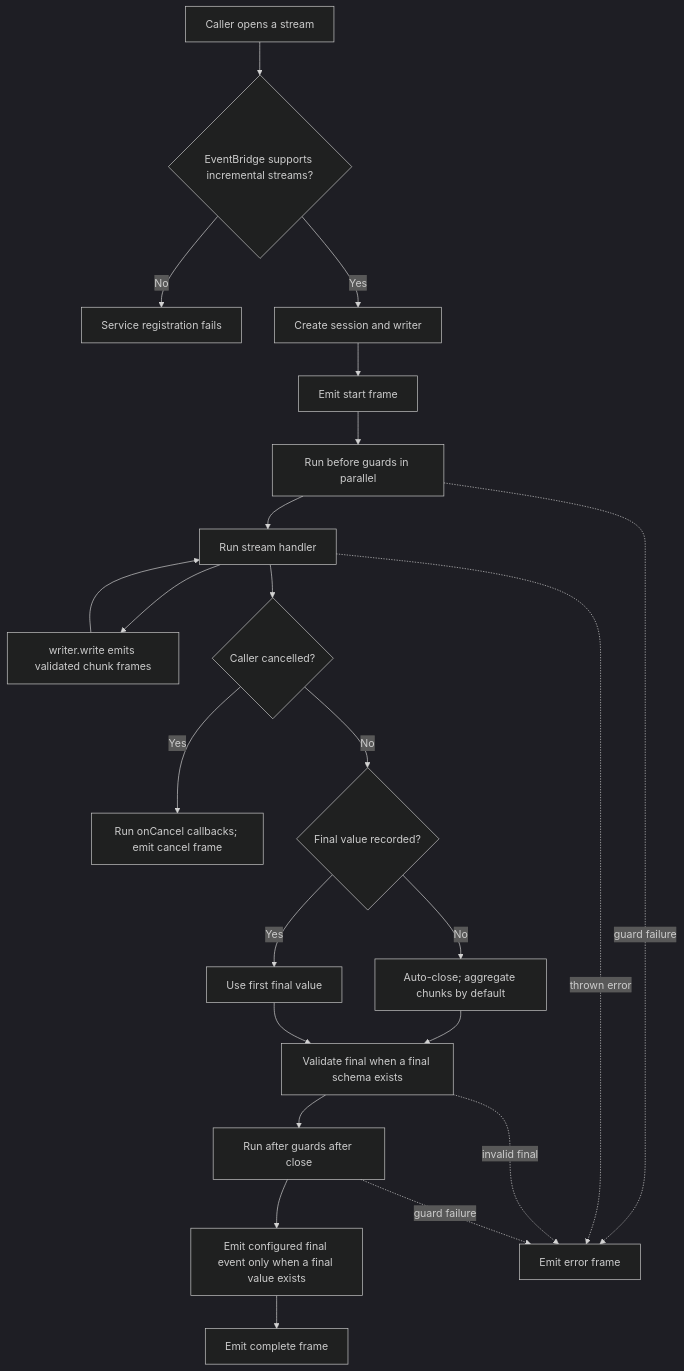
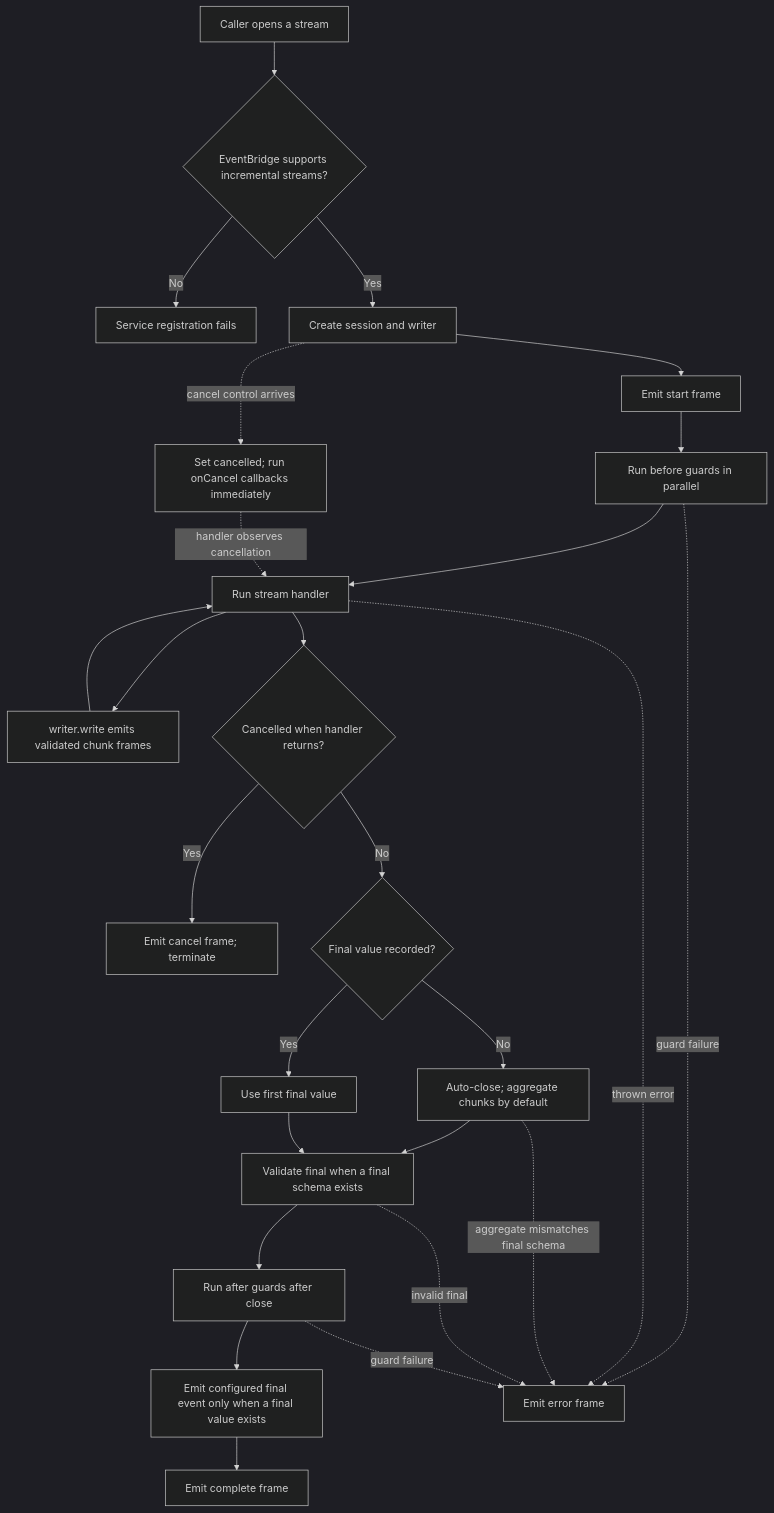
The diagram in web/src/content/handbook/framework/build-services/streams/index.md (puristajs/purista), drawn with Mermaid (dark theme) before and after one commit. The commit also changed other lines of this file and 593 other files, not shown here.

````diff
--- a/web/src/content/handbook/framework/build-services/streams/index.md
+++ b/web/src/content/handbook/framework/build-services/streams/index.md
@@ -36,25 +36,28 @@
 ```mermaid title="Stream frame lifecycle"
 flowchart TD
   A[Caller opens a stream] --> B{EventBridge supports incremental streams?}
   B -->|No| X[Service registration fails]
   B -->|Yes| C[Create session and writer]
   C --> D[Emit start frame]
   D --> E[Run before guards in parallel]
   E --> F[Run stream handler]
+  C -. cancel control arrives .-> H[Set cancelled; run onCancel callbacks immediately]
+  H -. handler observes cancellation .-> F
   F --> G[writer.write emits validated chunk frames]
   G --> F
-  F --> H{Caller cancelled?}
-  H -->|Yes| I[Run onCancel callbacks; emit cancel frame]
-  H -->|No| J{Final value recorded?}
+  F --> I{Cancelled when handler returns?}
+  I -->|Yes| R[Emit cancel frame; terminate]
+  I -->|No| J{Final value recorded?}
   J -->|No| K[Auto-close; aggregate chunks by default]
   J -->|Yes| L[Use first final value]
   K --> M[Validate final when a final schema exists]
   L --> M
   M --> N[Run after guards after close]
   N --> O[Emit configured final event only when a final value exists]
   O --> P[Emit complete frame]
   E -. guard failure .-> Q[Emit error frame]
   F -. thrown error .-> Q
+  K -. aggregate mismatches final schema .-> Q
   M -. invalid final .-> Q
   N -. guard failure .-> Q
 ```
````
